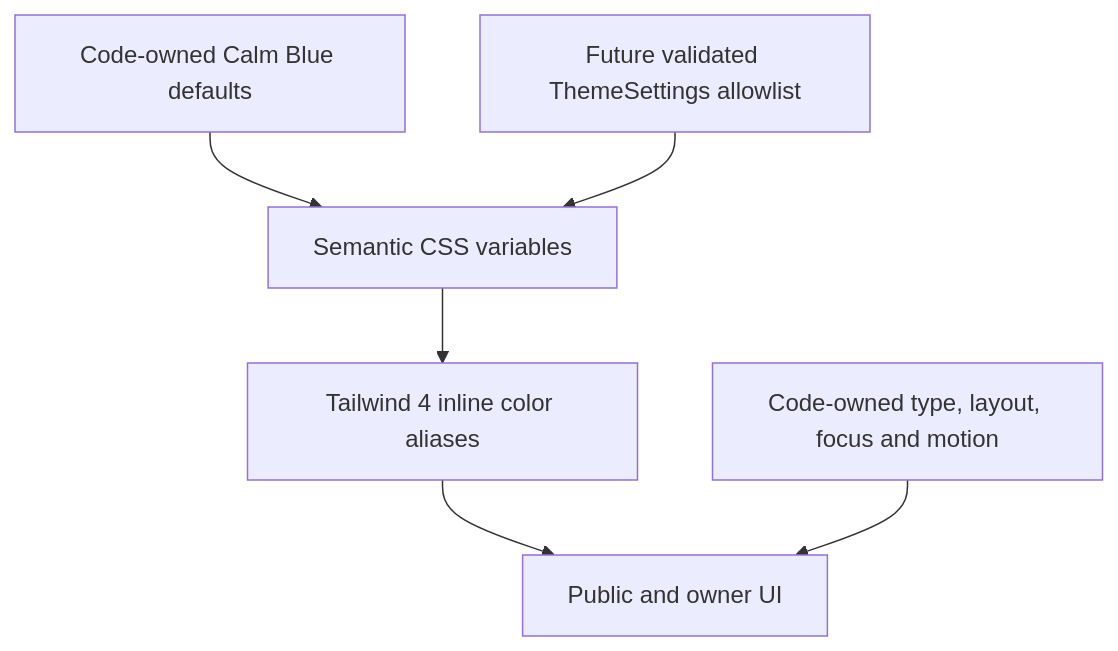
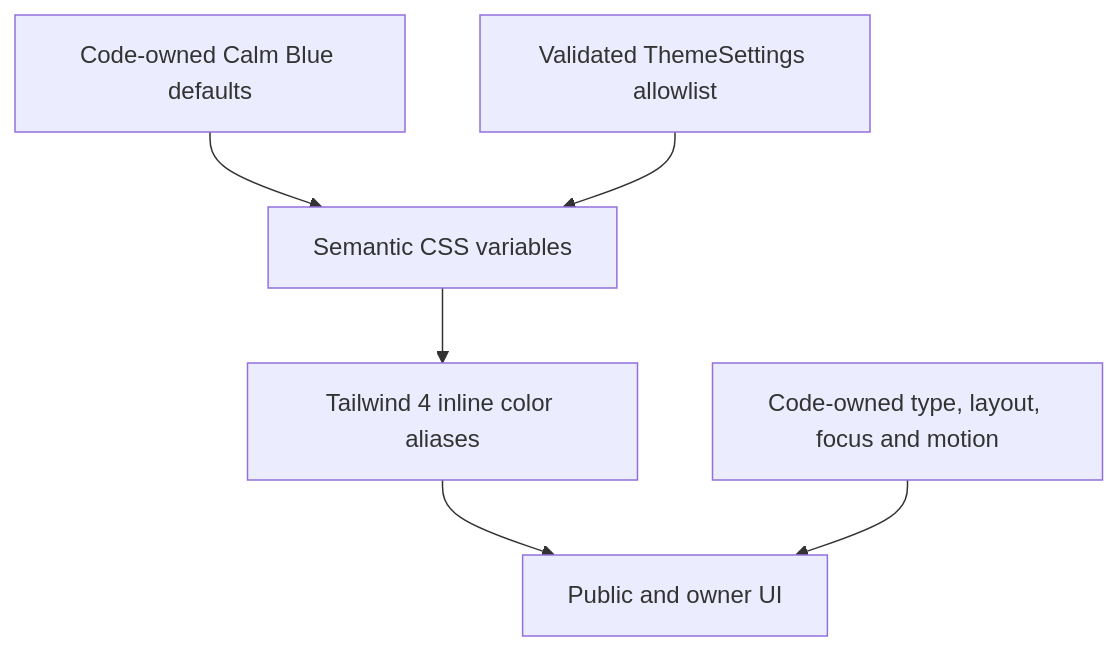
Before and after one commit to yog-aaa/web-portofolio: the diagram in docs/design-system.md, drawn with Mermaid. The commit also changed other lines of this file and 72 other files, not shown here.

````diff
--- a/docs/design-system.md
+++ b/docs/design-system.md
@@ -34,8 +35,8 @@
 ```mermaid
 flowchart TD
   A[Code-owned Calm Blue defaults] --> C[Semantic CSS variables]
-  B[Future validated ThemeSettings allowlist] --> C
+  B[Validated ThemeSettings allowlist] --> C
   C --> D[Tailwind 4 inline color aliases]
   D --> E[Public and owner UI]
   F[Code-owned type, layout, focus and motion] --> E
 ```
````
